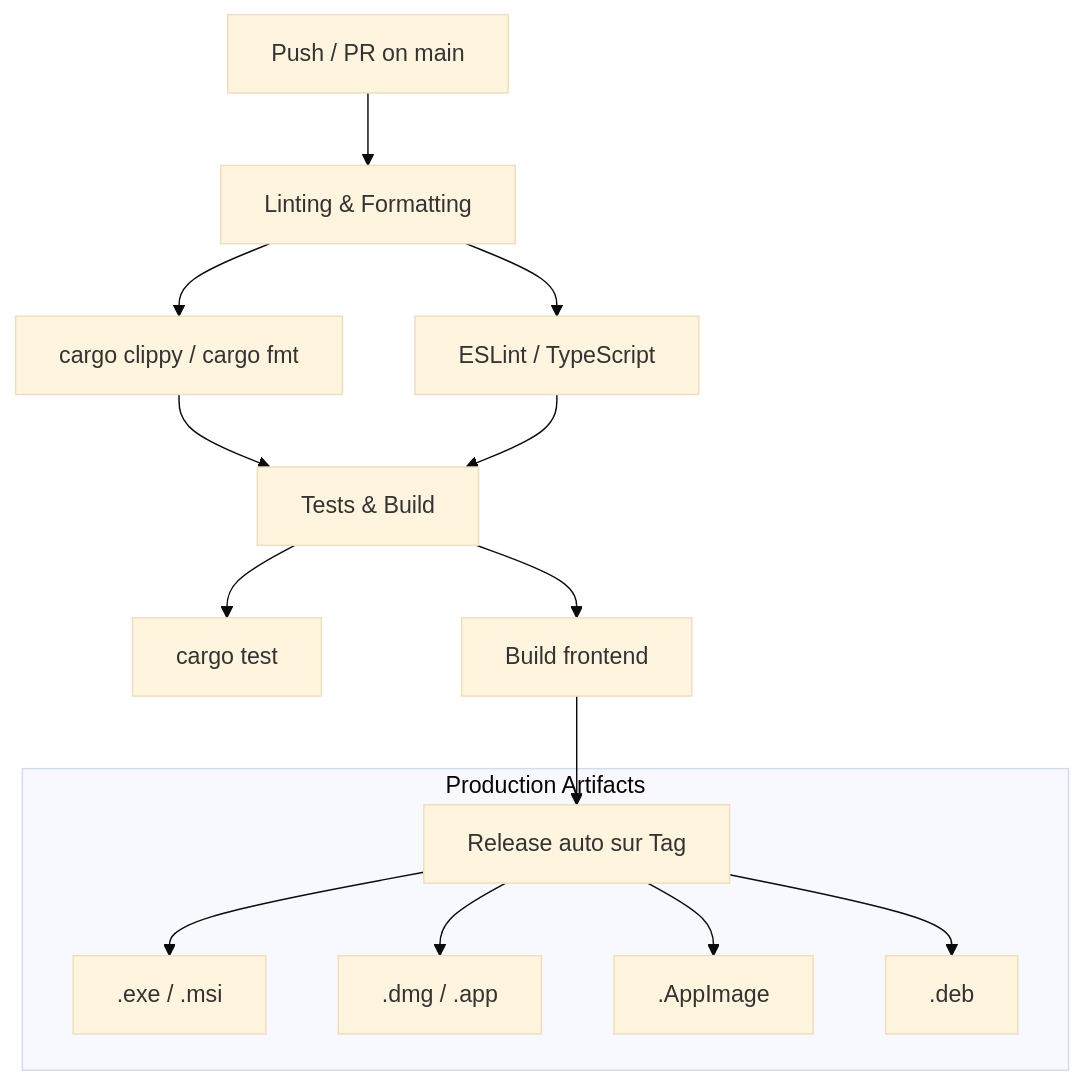
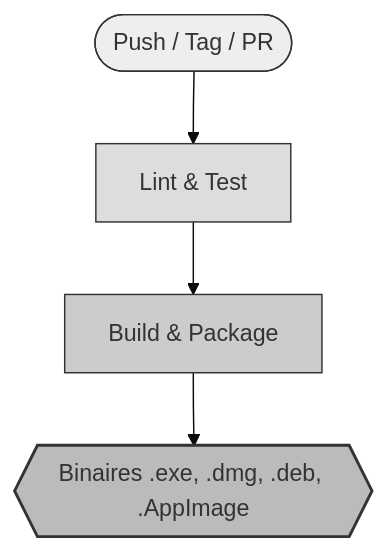
One commit to florian-billon/voisins-connect changed the fourth of 4 diagrams in README.md. Above: the diagram before and after it, drawn with Mermaid (base theme). The commit also changed other lines of this file, not shown here.

Commit message:
docs: simplify CI/CD diagram and apply grayscale theme to all diagrams

````diff
--- a/README.md
+++ b/README.md
@@ -536,21 +537,11 @@
 ```mermaid
 graph TD
-    Trigger[Push / PR on main] --> Lint[Linting & Formatting]
-    Lint --> RustLint[cargo clippy / cargo fmt]
-    Lint --> JS_Lint[ESLint / TypeScript]
-    
-    RustLint --> Test[Tests & Build]
-    JS_Lint --> Test
-    
-    Test --> RustTest[cargo test]
-    Test --> JSBuild[Build frontend]
-    
-    JSBuild --> Release[Release auto sur Tag]
-    
-    subgraph Artifacts[Production Artifacts]
-        Release --> Windows[.exe / .msi]
-        Release --> macOS[.dmg / .app]
-        Release --> Linux1[.AppImage]
-        Release --> Linux2[.deb]
-    end
+    Trigger([Push / Tag / PR]) --> Audit[Lint & Test]
+    Audit --> Build[Build & Package]
+    Build --> Release{{Binaires .exe, .dmg, .deb, .AppImage}}
+
+    style Trigger fill:#eee,stroke:#333
+    style Audit fill:#ddd,stroke:#333
+    style Build fill:#ccc,stroke:#333
+    style Release fill:#bbb,stroke:#333,stroke-width:2px
 ```
````
